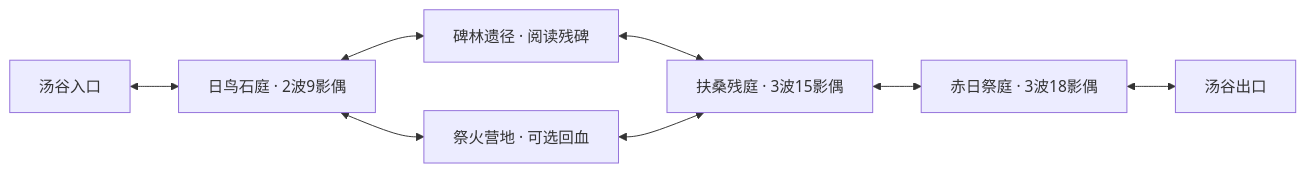
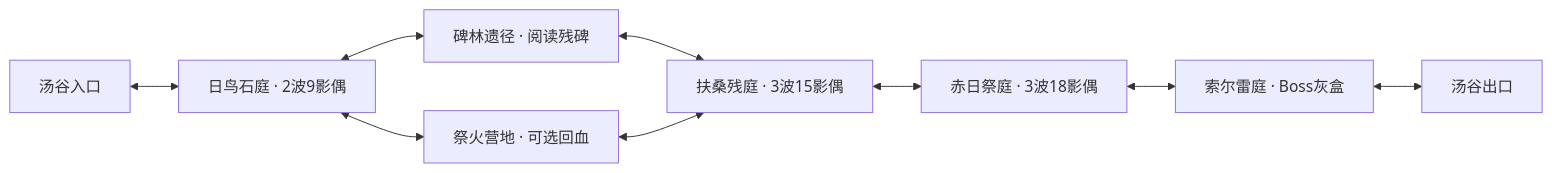
The diagram in docs/guides/汤谷房间地图使用说明.md (Bacsonlx/NineTripodCauldrons), drawn with Mermaid before and after one commit. The commit also changed other lines of this file and 29 other files, not shown here.

````diff
--- a/docs/guides/汤谷房间地图使用说明.md
+++ b/docs/guides/汤谷房间地图使用说明.md
@@ -11,10 +11,11 @@
 ```mermaid
 flowchart LR
   A[汤谷入口] <--> B[日鸟石庭 · 2波9影偶]
   B <--> C[碑林遗径 · 阅读残碑]
   B <--> D[祭火营地 · 可选回血]
   C <--> E[扶桑残庭 · 3波15影偶]
   D <--> E
   E <--> F[赤日祭庭 · 3波18影偶]
-  F <--> G[汤谷出口]
+  F <--> G[索尔雷庭 · Boss灰盒]
+  G <--> H[汤谷出口]
 ```
````
